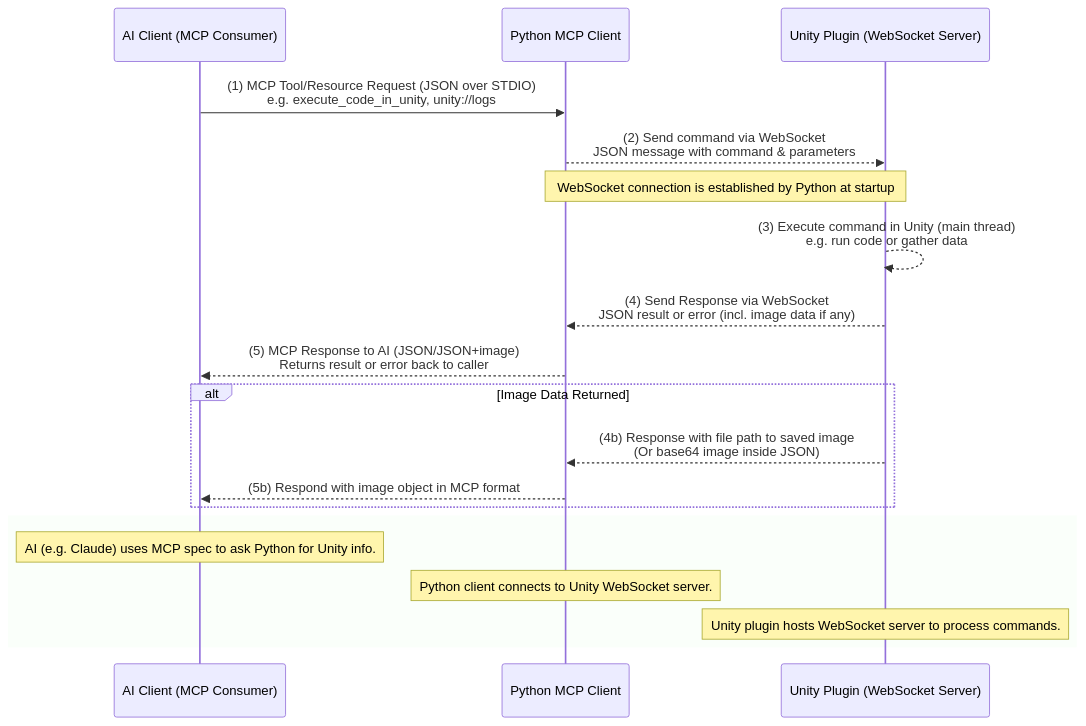
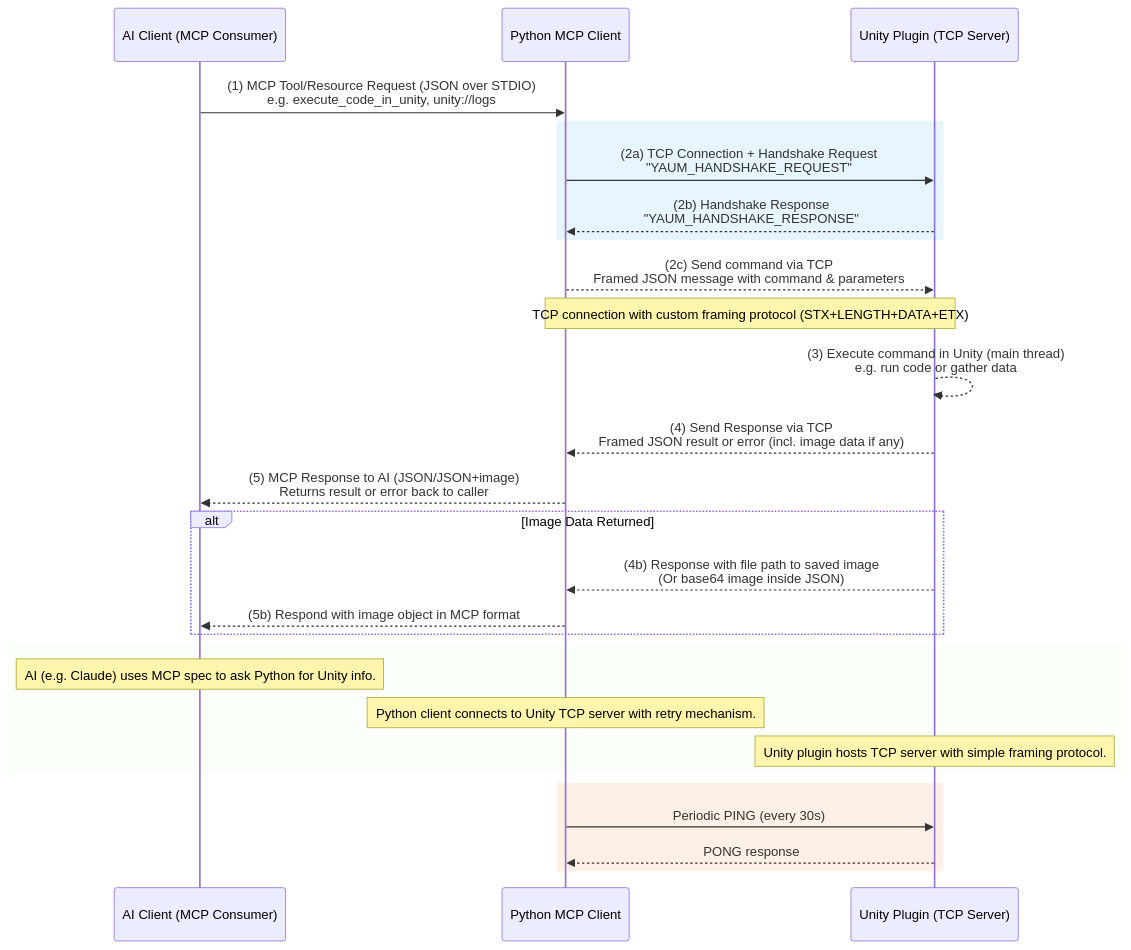
One commit to Azreal42/YetAnotherUnityMcp changed the diagram in TECH_DETAILS.md. Above: the diagram before and after it, drawn with Mermaid. The commit also changed other lines of this file and 14 other files, not shown here.

First line of the commit message:
Replace WebSockets with direct TCP implementation

````diff
--- a/TECH_DETAILS.md
+++ b/TECH_DETAILS.md
@@ -446,21 +473,34 @@
 ```mermaid
 sequenceDiagram
     participant AI as AI Client (MCP Consumer)
     participant Python as Python MCP Client
-    participant Unity as Unity Plugin (WebSocket Server)
+    participant Unity as Unity Plugin (TCP Server)
     AI->>Python: (1) MCP Tool/Resource Request (JSON over STDIO)<br/>e.g. execute_code_in_unity, unity://logs
-    Python-->>Unity: (2) Send command via WebSocket<br/>JSON message with command & parameters
-    note over Python,Unity: WebSocket connection is established by Python at startup
+    
+    rect rgb(230, 245, 255)
+        Python->>Unity: (2a) TCP Connection + Handshake Request<br/>"YAUM_HANDSHAKE_REQUEST"
+        Unity-->>Python: (2b) Handshake Response<br/>"YAUM_HANDSHAKE_RESPONSE"
+    end
+    
+    Python-->>Unity: (2c) Send command via TCP<br/>Framed JSON message with command & parameters
+    note over Python,Unity: TCP connection with custom framing protocol (STX+LENGTH+DATA+ETX)
     Unity-->>Unity: (3) Execute command in Unity (main thread)<br/>e.g. run code or gather data
-    Unity-->>Python: (4) Send Response via WebSocket<br/>JSON result or error (incl. image data if any)
+    Unity-->>Python: (4) Send Response via TCP<br/>Framed JSON result or error (incl. image data if any)
     Python-->>AI: (5) MCP Response to AI (JSON/JSON+image)<br/>Returns result or error back to caller
+    
     alt Image Data Returned
         Unity-->>Python: (4b) Response with file path to saved image<br/>(Or base64 image inside JSON)
         Python-->>AI: (5b) Respond with image object in MCP format
     end
+    
     rect rgba(200, 255, 200, 0.1)
         Note over AI: AI (e.g. Claude) uses MCP spec to ask Python for Unity info.
-        Note over Python: Python client connects to Unity WebSocket server.
-        Note over Unity: Unity plugin hosts WebSocket server to process commands.
+        Note over Python: Python client connects to Unity TCP server with retry mechanism.
+        Note over Unity: Unity plugin hosts TCP server with simple framing protocol.
+    end
+    
+    rect rgb(255, 240, 230)
+        Python->>Unity: Periodic PING (every 30s)
+        Unity-->>Python: PONG response
     end
 ```
````
